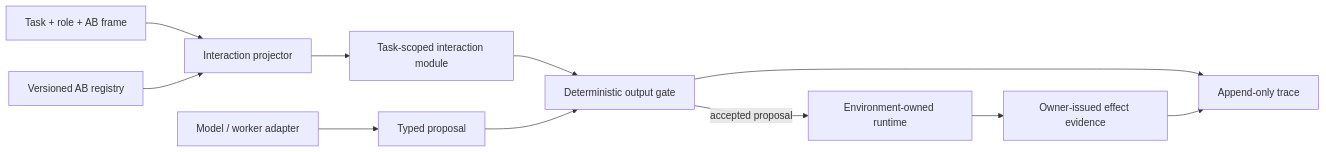
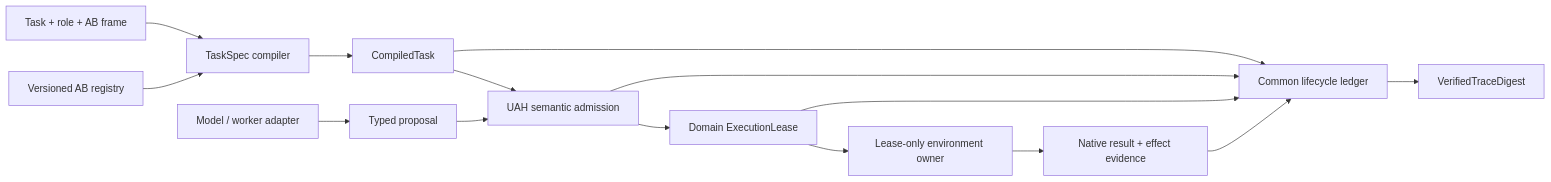
The diagram in README.md (ieverythng/universal-agentic-harness), drawn with Mermaid before and after one commit. The commit also changed other lines of this file and 133 other files, not shown here.

````diff
--- a/README.md
+++ b/README.md
@@ -30,13 +59,17 @@
 ```mermaid
 flowchart LR
-    task["Task + role + AB frame"] --> compiler["Interaction projector"]
+    task["Task + role + AB frame"] --> compiler["TaskSpec compiler"]
     registry["Versioned AB registry"] --> compiler
-    compiler --> module["Task-scoped interaction module"]
+    compiler --> module["CompiledTask"]
     model["Model / worker adapter"] --> output["Typed proposal"]
-    module --> gate["Deterministic output gate"]
-    output --> gate
-    gate -->|accepted proposal| runtime["Environment-owned runtime"]
-    gate --> trace["Append-only trace"]
-    runtime --> evidence["Owner-issued effect evidence"]
-    evidence --> trace
+    module --> admission["UAH semantic admission"]
+    output --> admission
+    admission --> lease["Domain ExecutionLease"]
+    lease --> runtime["Lease-only environment owner"]
+    runtime --> receipt["Native result + effect evidence"]
+    module --> ledger["Common lifecycle ledger"]
+    admission --> ledger
+    lease --> ledger
+    receipt --> ledger
+    ledger --> digest["VerifiedTraceDigest"]
 ```
````
